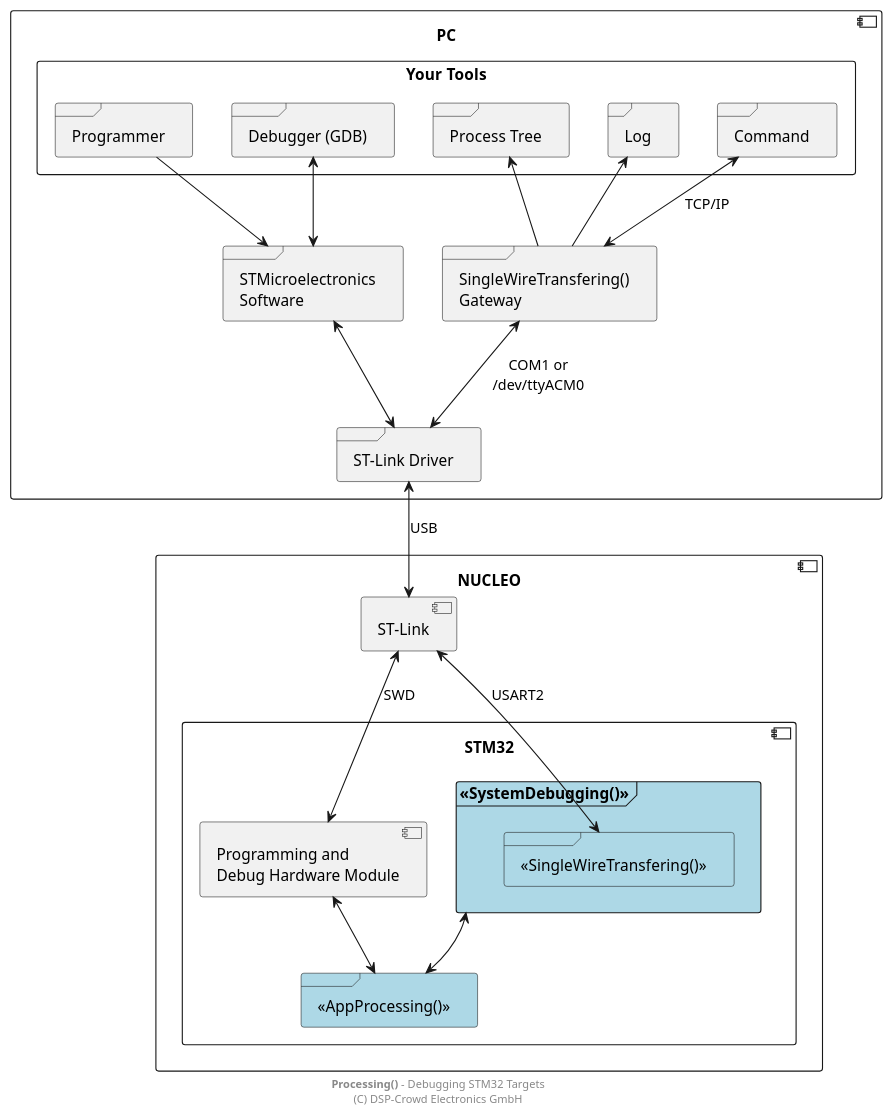
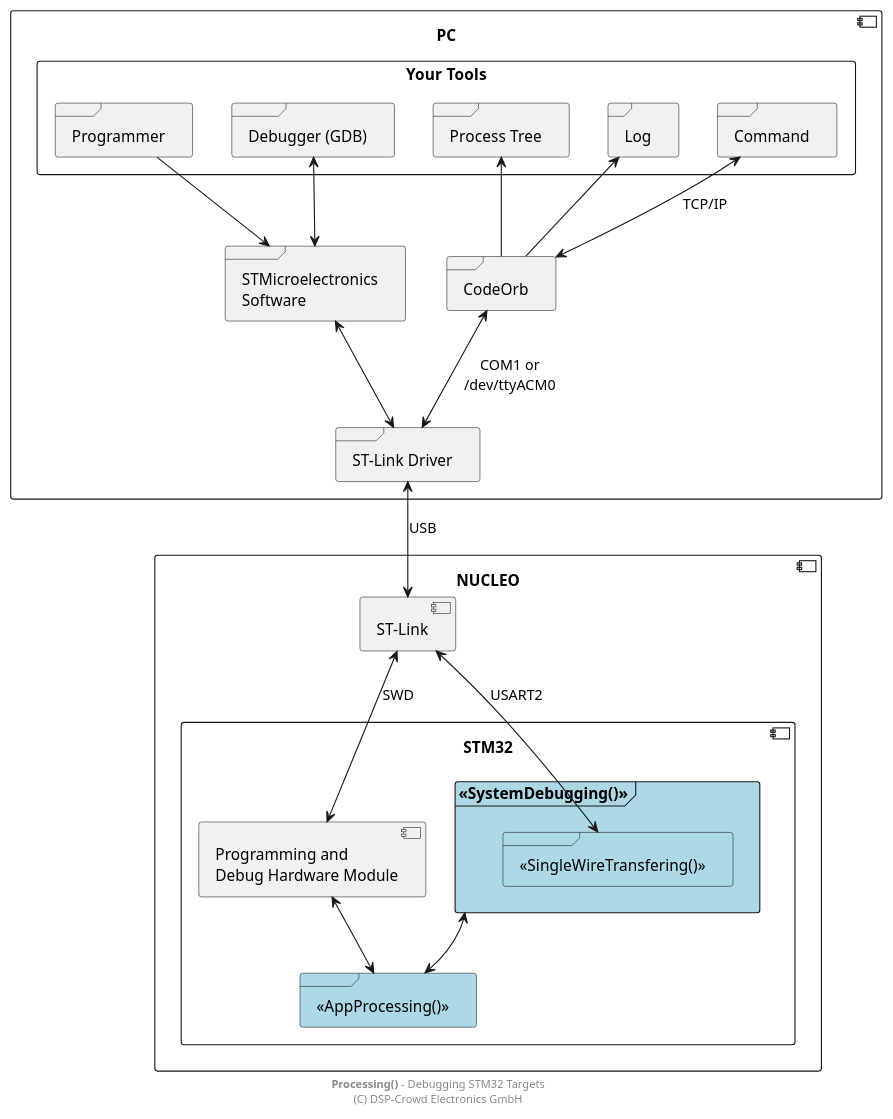
One commit to NoOrientationProgramming/hello-world-stm32 changed the diagram in doc/system/stm32-uart_3.pu. Above: the diagram before and after it, drawn with PlantUML. The commit also changed 3 other files, not shown here.

```diff
--- a/doc/system/stm32-uart_3.pu
+++ b/doc/system/stm32-uart_3.pu
@@ -2,64 +2,64 @@
 @startuml
 
 ' skinparam linetype ortho
 ' scale 0.6
 
 component PC as pPc {
 
 	rectangle "Your Tools" as pTools {
 
 		frame "Programmer" as pProg
 		frame "Debugger (GDB)" as pDbg
 
 		frame "Process Tree" as pTree
 		frame "Log" as pLog
 		frame "Command" as pCmd
 		' frame "Custom\nChannels" as pCustom
 	}
 
-	frame "SingleWireTransfering()\nGateway" as pGw
+	frame "CodeOrb" as pGw
 	frame "STMicroelectronics\nSoftware" as pStSw
 
 	frame "ST-Link Driver" as pDrv
 
 	pProg --> pStSw
 	pDbg <--> pStSw
 
 	pTree <-- pGw
 	pLog <-- pGw
 	pCmd <--> pGw : "TCP/IP"
 	' pCustom <--> pGw
 
 	pStSw <--> pDrv
 	pGw <--> pDrv : "COM1 or\n/dev/ttyACM0"
 
 	pStSw -r[hidden]- pGw
 }
 
 component "NUCLEO" as pNuc {
 
 	component "STM32" {
 
 		component "Programming and\nDebug Hardware Module" as pHwDbg
 
 		frame "<<SystemDebugging()>>" as pSysDbg #lightblue {
 			frame "<<SingleWireTransfering()>>" as pSwt #lightblue
 		}
 
 		frame "<<AppProcessing()>>" as pApp #lightblue
 
 		pHwDbg <--> pApp
 		pSysDbg <--> pApp
 	}
 
 	component "ST-Link" as pStLink
 
 	pStLink <--> pHwDbg : SWD
 	pStLink <--> pSwt : USART2
 }
 
 pDrv <--> pStLink : USB
 
 footer **Processing()** - Debugging STM32 Targets\n(C) DSP-Crowd Electronics GmbH
 
 @enduml
```
